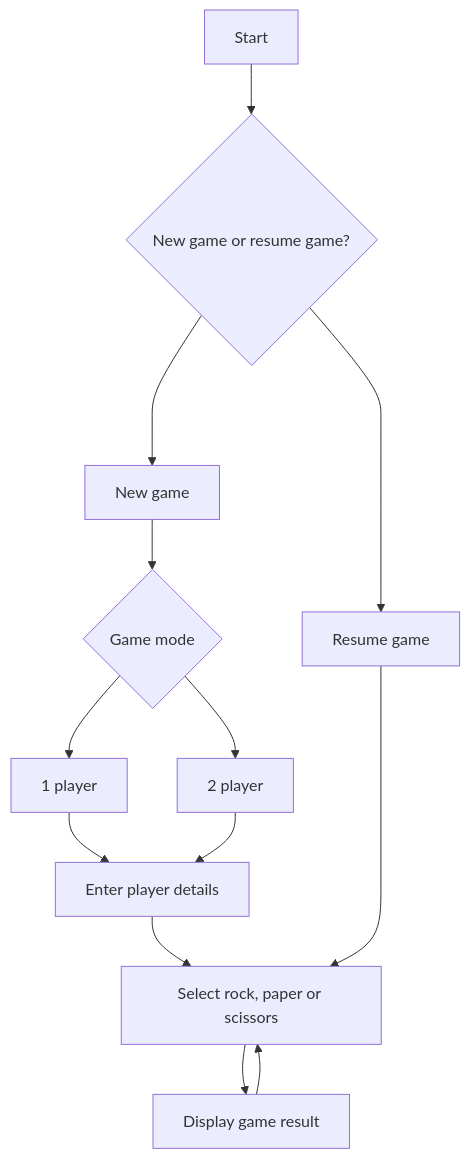
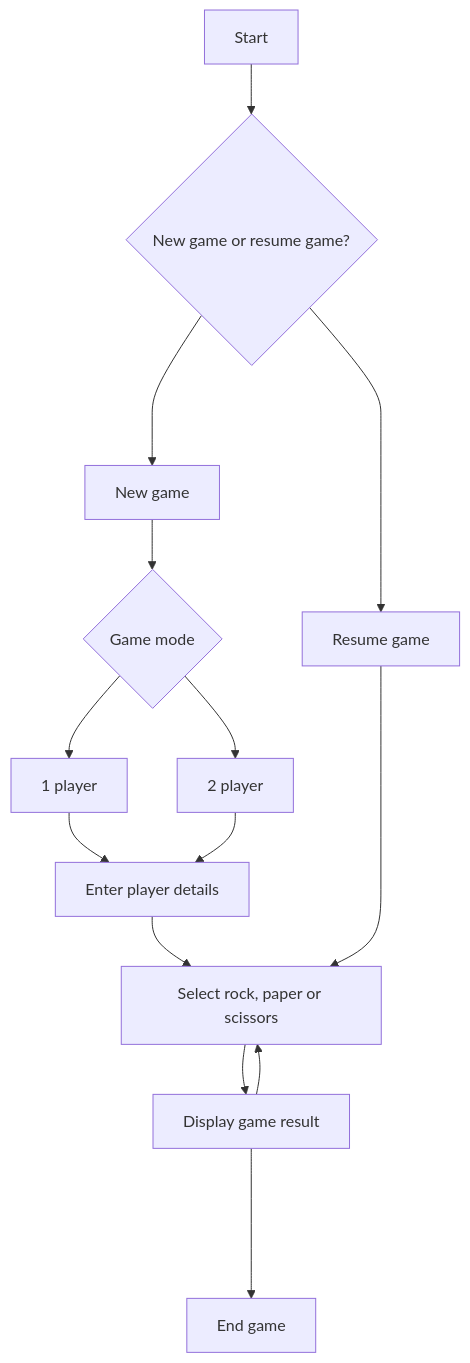
One commit to AdePhil/rps changed the diagram in README.md. Above: the diagram before and after it, drawn with Mermaid.

````diff
--- a/README.md
+++ b/README.md
@@ -26,15 +26,16 @@
 ```mermaid
 flowchart TD
     A[Start] --> B{New game or resume game?}
     B -->C[New game]
     C --> D{Game mode}
     D --> E[1 player]
     D --> F[2 player]
     E --> G[Enter player details]
     F --> G
     G --> H[Select rock, paper or scissors]
     H --> I[Display game result]
     I --> H
     B ----> K[Resume game]
     K ----> H
+    I ----> L[End game]
 ```
````
